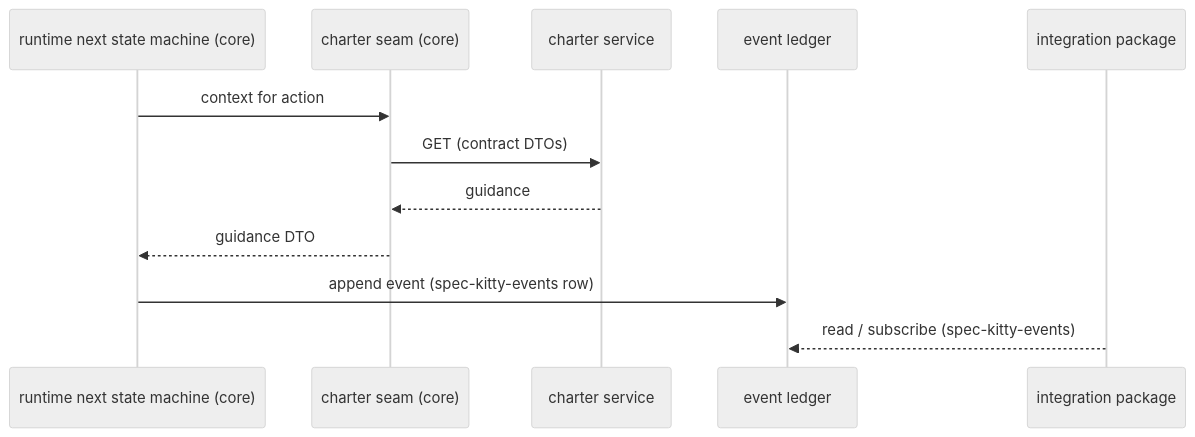
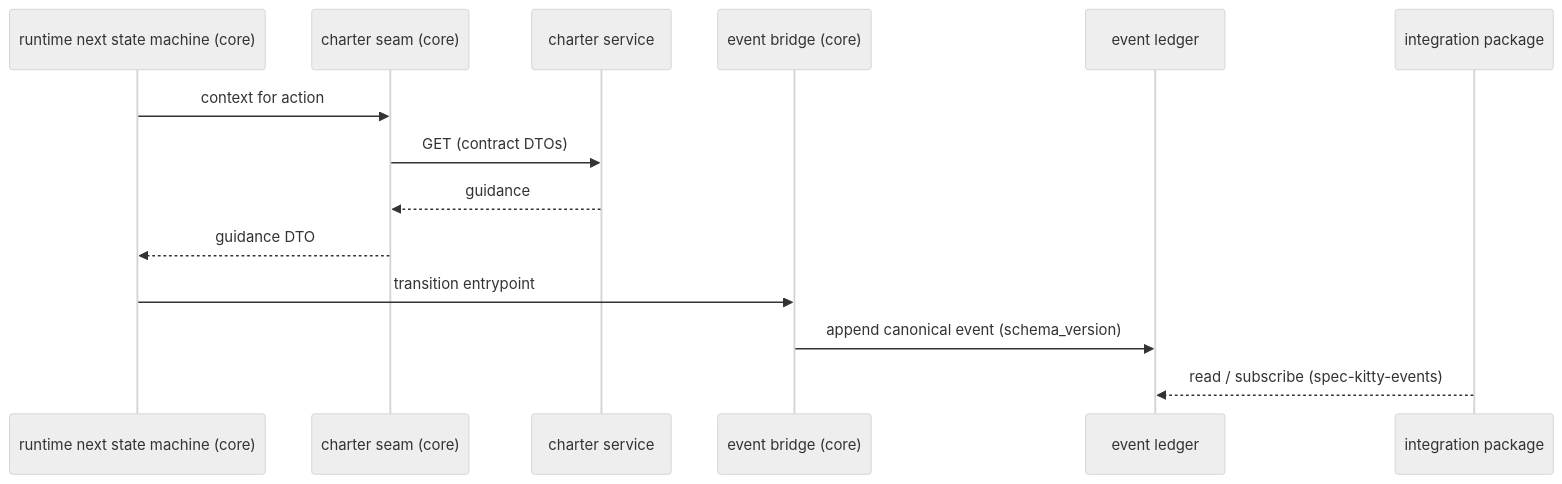
The diagram in docs/architecture/events-and-ledger.md (spec-kitty/spec-kitty-charter), drawn with Mermaid (neutral theme) before and after one commit. The commit also changed other lines of this file and 7 other files, not shown here.

First line of the commit message:
docs: route events through the core's one canonical event writer

````diff
--- a/docs/architecture/events-and-ledger.md
+++ b/docs/architecture/events-and-ledger.md
@@ -47,14 +56,16 @@
 ```mermaid
 sequenceDiagram
   participant FSM as runtime next state machine (core)
   participant Seam as charter seam (core)
   participant Svc as charter service
+  participant Bridge as event bridge (core)
   participant Ledger as event ledger
   participant Sub as integration package
   FSM->>Seam: context for action
   Seam->>Svc: GET (contract DTOs)
   Svc-->>Seam: guidance
   Seam-->>FSM: guidance DTO
-  FSM->>Ledger: append event (spec-kitty-events row)
+  FSM->>Bridge: transition entrypoint
+  Bridge->>Ledger: append canonical event (schema_version)
   Sub-->>Ledger: read / subscribe (spec-kitty-events)
 ```
````
